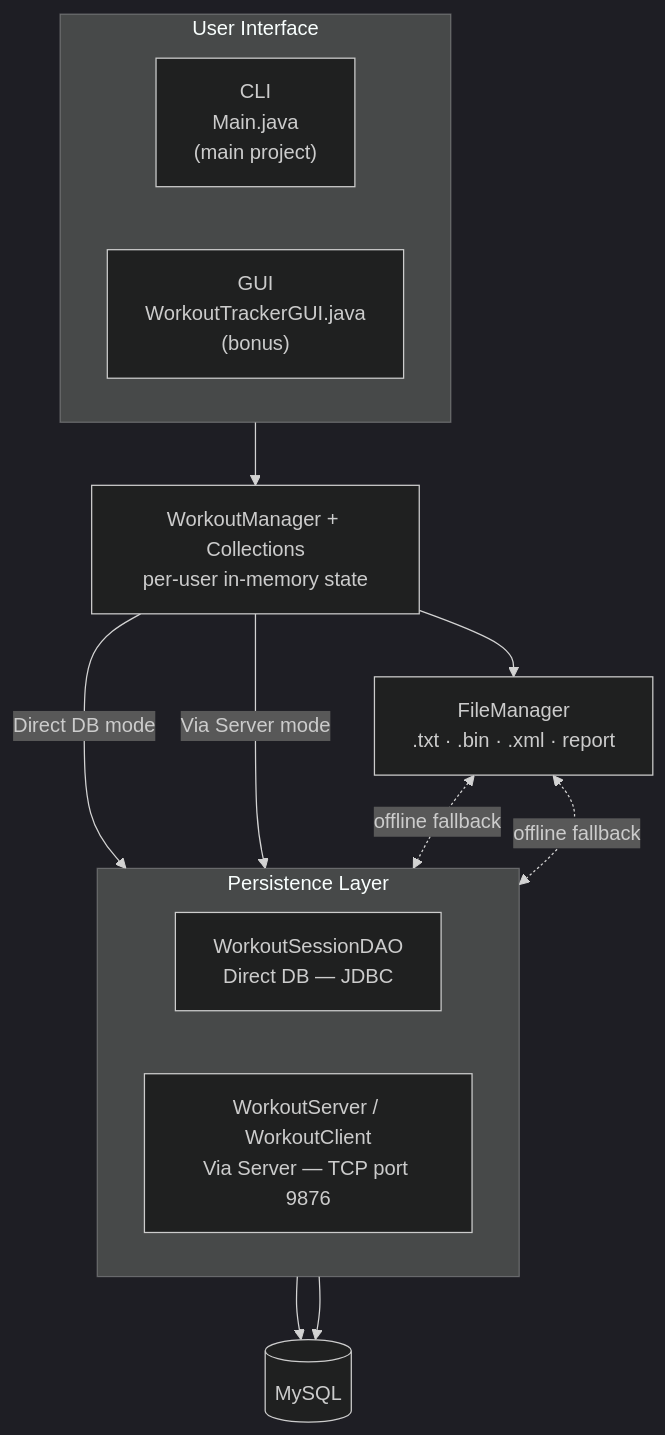
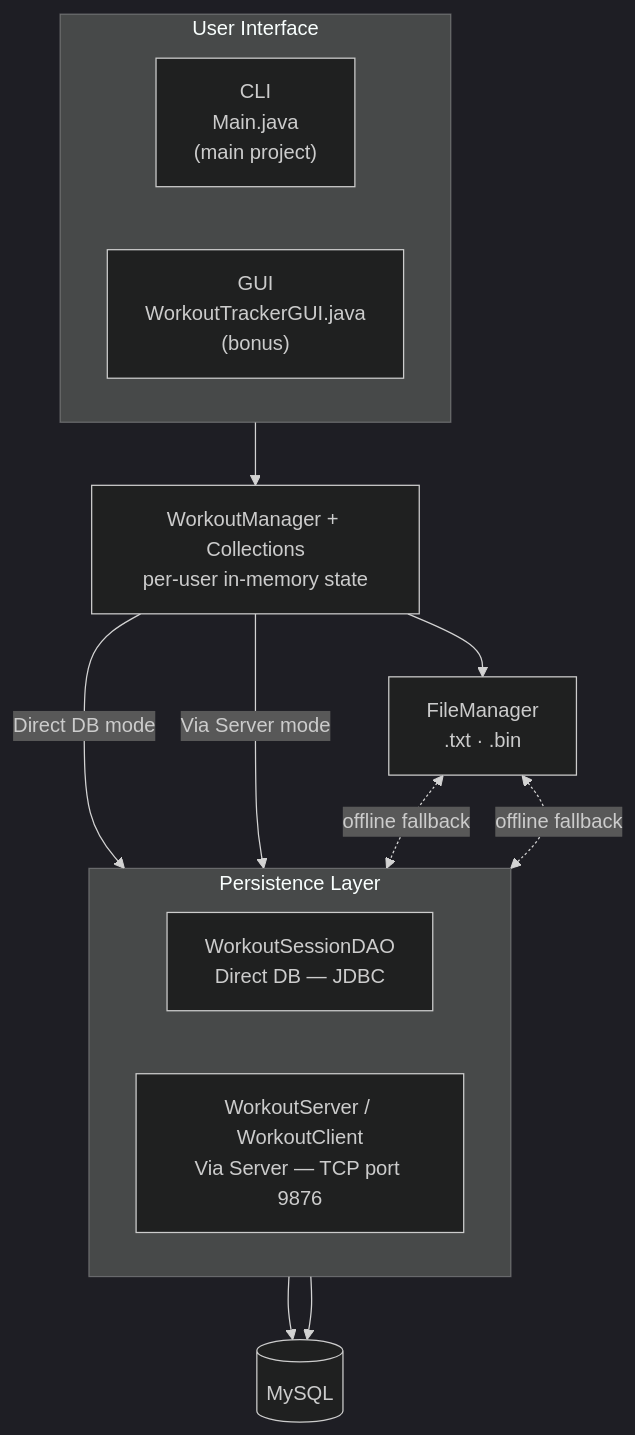
The first of 4 diagrams in docs/DIAGRAMS.md (BenjmaaYoussef/csproject), drawn with Mermaid (dark theme) before and after one commit. The commit also changed other lines of this file and 8 other files, not shown here.

````diff
--- a/docs/DIAGRAMS.md
+++ b/docs/DIAGRAMS.md
@@ -10,29 +10,29 @@
 ```mermaid
 flowchart TD
     subgraph UI["User Interface"]
         direction LR
         CLI["CLI<br>Main.java<br>(main project)"]
         GUI["GUI<br>WorkoutTrackerGUI.java<br>(bonus)"]
     end
 
     WM["WorkoutManager + Collections<br>per-user in-memory state"]
 
-    FM["FileManager<br>.txt  ·  .bin  ·  .xml  ·  report"]
+    FM["FileManager<br>.txt  ·  .bin"]
 
     subgraph MODES["Persistence Layer"]
         direction LR
         DAO["WorkoutSessionDAO<br>Direct DB — JDBC"]
         NET["WorkoutServer / WorkoutClient<br>Via Server — TCP port 9876"]
     end
 
     DB[("MySQL")]
 
     UI --> WM
     WM --> FM
     WM -->|"Direct DB mode"| DAO
     WM -->|"Via Server mode"| NET
     DAO --> DB
     NET --> DB
     FM <-.->|"offline fallback"| DAO
     FM <-.->|"offline fallback"| NET
 ```
````
